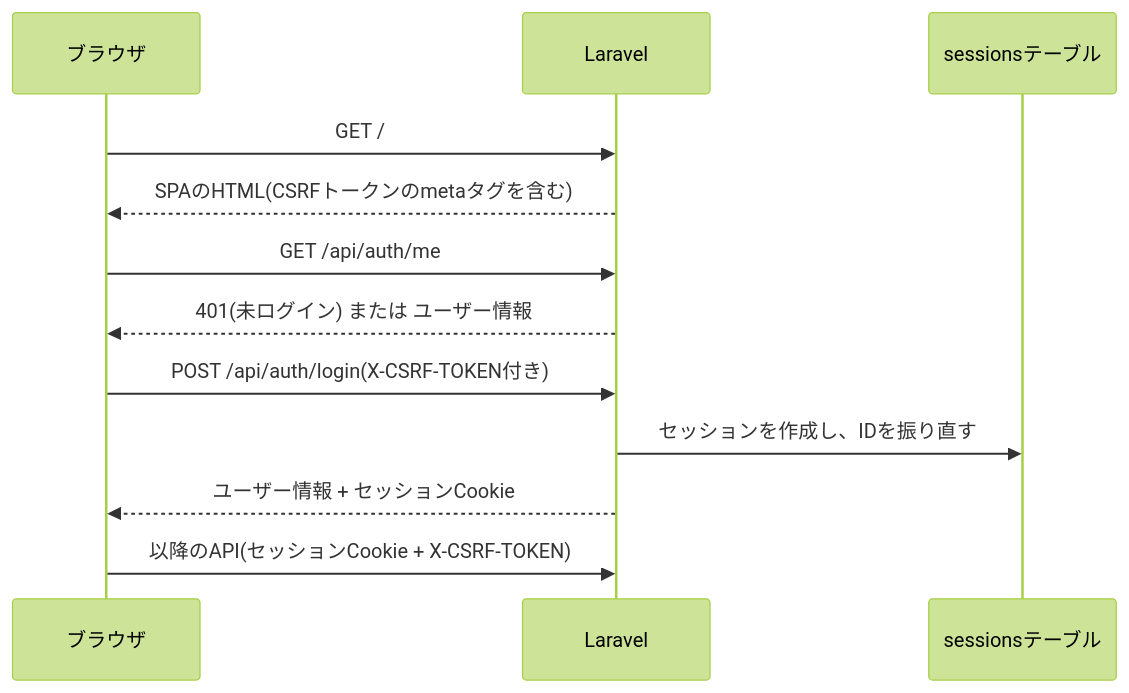
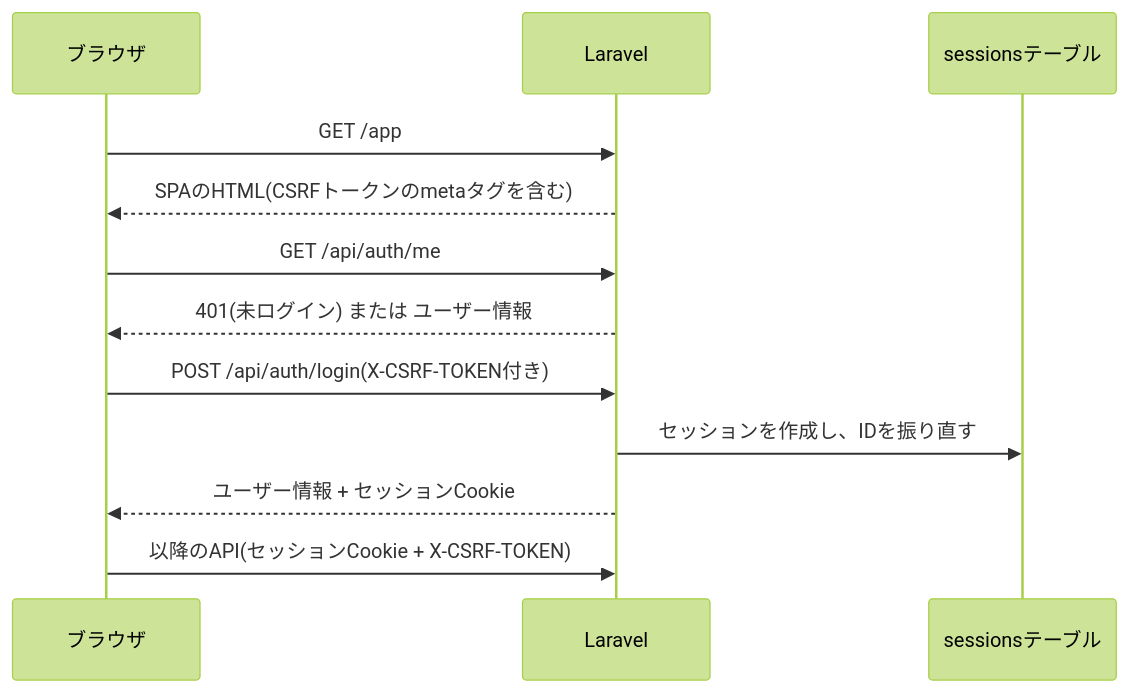
Before and after one commit to muraokajade/JobHunt: the third of 3 diagrams in docs/02-architecture.md, drawn with Mermaid (forest theme). The commit also changed other lines of this file and 6 other files, not shown here.

````diff
--- a/docs/02-architecture.md
+++ b/docs/02-architecture.md
@@ -144,15 +147,15 @@
 ```mermaid
 sequenceDiagram
     participant B as ブラウザ
     participant L as Laravel
     participant S as sessionsテーブル
 
-    B->>L: GET /
+    B->>L: GET /app
     L-->>B: SPAのHTML(CSRFトークンのmetaタグを含む)
     B->>L: GET /api/auth/me
     L-->>B: 401(未ログイン) または ユーザー情報
     B->>L: POST /api/auth/login(X-CSRF-TOKEN付き)
     L->>S: セッションを作成し、IDを振り直す
     L-->>B: ユーザー情報 + セッションCookie
     B->>L: 以降のAPI(セッションCookie + X-CSRF-TOKEN)
 ```
````
